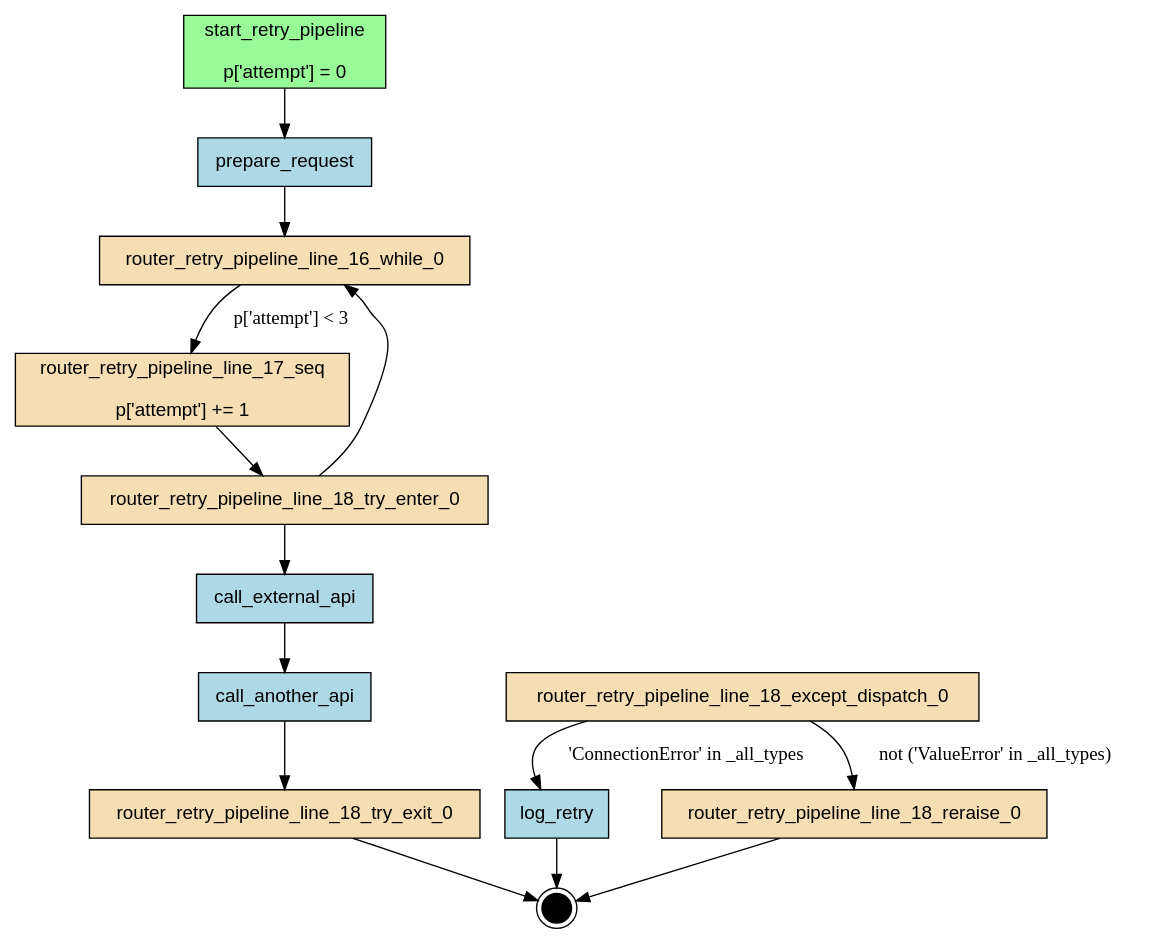
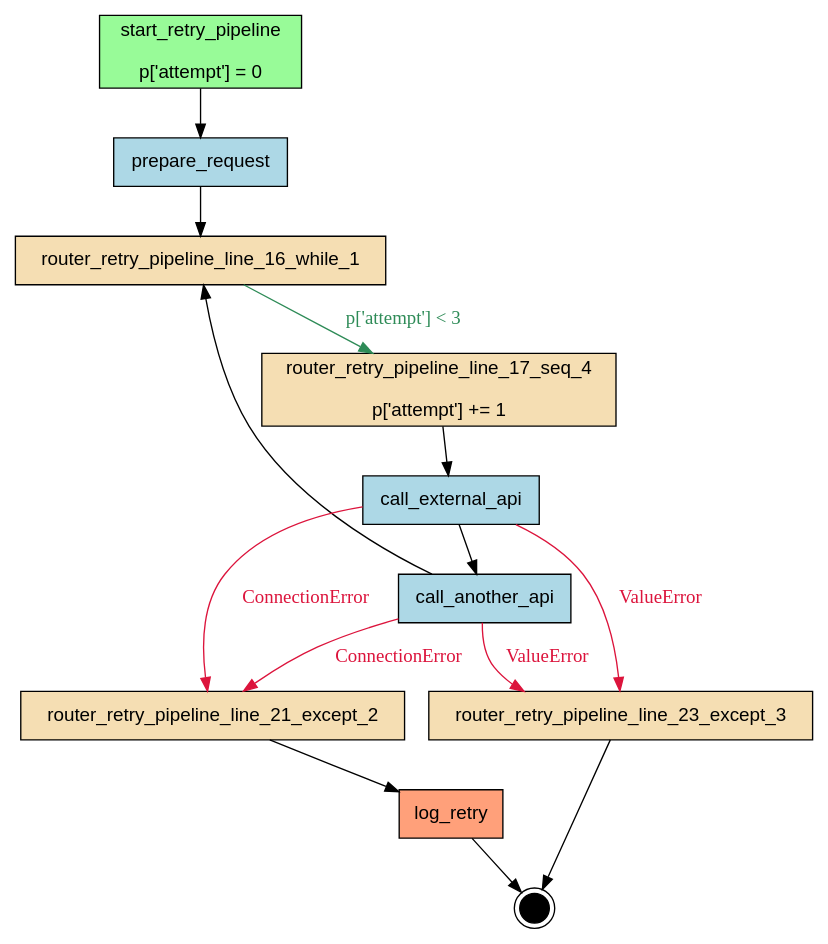
The diagram in examples/flows/compiled/try_except_retry_loop/flow.dot (deliveryhero/asya), drawn with Graphviz before and after one commit. The commit also changed 39 other files, not shown here.

First line of the commit message:
chore: enable try/except flow compilation in pre-commit hook

```diff
--- a/examples/flows/compiled/try_except_retry_loop/flow.dot
+++ b/examples/flows/compiled/try_except_retry_loop/flow.dot
@@ -1,34 +1,32 @@
-digraph "try_except_retry_loop" {
+digraph "retry_pipeline" {
     rankdir=TB;
     node [shape=box, style=filled, fontname="Helvetica"];
 
     { rank=source; start_retry_pipeline; }
 
     call_another_api [label="call_another_api", fillcolor=lightblue];
     call_external_api [label="call_external_api", fillcolor=lightblue];
-    log_retry [label="log_retry", fillcolor=lightblue];
+    log_retry [label="log_retry", fillcolor=lightsalmon];
     prepare_request [label="prepare_request", fillcolor=lightblue];
-    router_retry_pipeline_line_16_while_0 [label="router_retry_pipeline_line_16_while_0", fillcolor=wheat];
-    router_retry_pipeline_line_17_seq [label="router_retry_pipeline_line_17_seq\n\np['attempt'] += 1", fillcolor=wheat];
-    router_retry_pipeline_line_18_except_dispatch_0 [label="router_retry_pipeline_line_18_except_dispatch_0", fillcolor=wheat];
-    router_retry_pipeline_line_18_reraise_0 [label="router_retry_pipeline_line_18_reraise_0", fillcolor=wheat];
-    router_retry_pipeline_line_18_try_enter_0 [label="router_retry_pipeline_line_18_try_enter_0", fillcolor=wheat];
-    router_retry_pipeline_line_18_try_exit_0 [label="router_retry_pipeline_line_18_try_exit_0", fillcolor=wheat];
+    router_retry_pipeline_line_16_while_1 [label="router_retry_pipeline_line_16_while_1", fillcolor=wheat];
+    router_retry_pipeline_line_17_seq_4 [label="router_retry_pipeline_line_17_seq_4\n\np['attempt'] += 1", fillcolor=wheat];
+    router_retry_pipeline_line_21_except_2 [label="router_retry_pipeline_line_21_except_2", fillcolor=wheat];
+    router_retry_pipeline_line_23_except_3 [label="router_retry_pipeline_line_23_except_3", fillcolor=wheat];
     start_retry_pipeline [label="start_retry_pipeline\n\np['attempt'] = 0", fillcolor=palegreen];
 
     __end__ [label="", shape=doublecircle, fillcolor=black, width=0.3, fixedsize=true];
 
     start_retry_pipeline -> prepare_request;
-    prepare_request -> router_retry_pipeline_line_16_while_0;
-    router_retry_pipeline_line_18_try_enter_0 -> call_external_api;
+    prepare_request -> router_retry_pipeline_line_16_while_1;
+    router_retry_pipeline_line_21_except_2 -> log_retry;
+    router_retry_pipeline_line_17_seq_4 -> call_external_api;
     call_external_api -> call_another_api;
-    call_another_api -> router_retry_pipeline_line_18_try_exit_0;
-    router_retry_pipeline_line_18_except_dispatch_0 -> log_retry [label="'ConnectionError' in _all_types"];
-    router_retry_pipeline_line_18_except_dispatch_0 -> router_retry_pipeline_line_18_reraise_0 [label="not ('ValueError' in _all_types)"];
-    router_retry_pipeline_line_17_seq -> router_retry_pipeline_line_18_try_enter_0;
-    router_retry_pipeline_line_16_while_0 -> router_retry_pipeline_line_17_seq [label="p['attempt'] < 3"];
-    router_retry_pipeline_line_18_try_enter_0 -> router_retry_pipeline_line_16_while_0;
+    router_retry_pipeline_line_16_while_1 -> router_retry_pipeline_line_17_seq_4 [label="p['attempt'] < 3", color="#2E8B57", fontcolor="#2E8B57"];
+    call_external_api -> router_retry_pipeline_line_21_except_2 [label="ConnectionError", color="#DC143C", fontcolor="#DC143C"];
+    call_external_api -> router_retry_pipeline_line_23_except_3 [label="ValueError", color="#DC143C", fontcolor="#DC143C"];
+    call_another_api -> router_retry_pipeline_line_21_except_2 [label="ConnectionError", color="#DC143C", fontcolor="#DC143C"];
+    call_another_api -> router_retry_pipeline_line_23_except_3 [label="ValueError", color="#DC143C", fontcolor="#DC143C"];
+    call_another_api -> router_retry_pipeline_line_16_while_1;
     log_retry -> __end__;
-    router_retry_pipeline_line_18_reraise_0 -> __end__;
-    router_retry_pipeline_line_18_try_exit_0 -> __end__;
+    router_retry_pipeline_line_23_except_3 -> __end__;
 }
```
